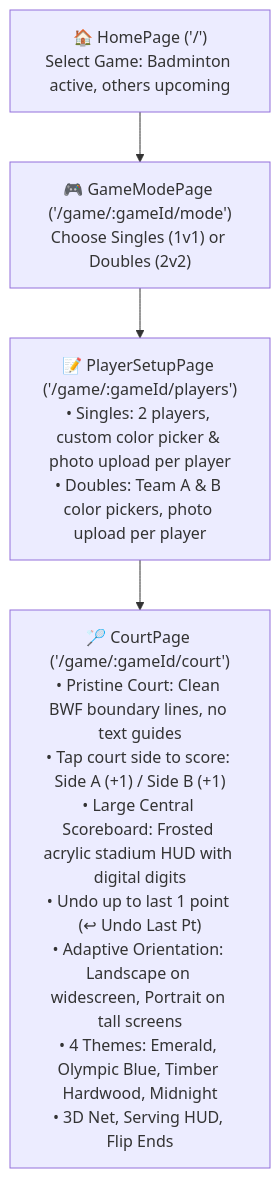
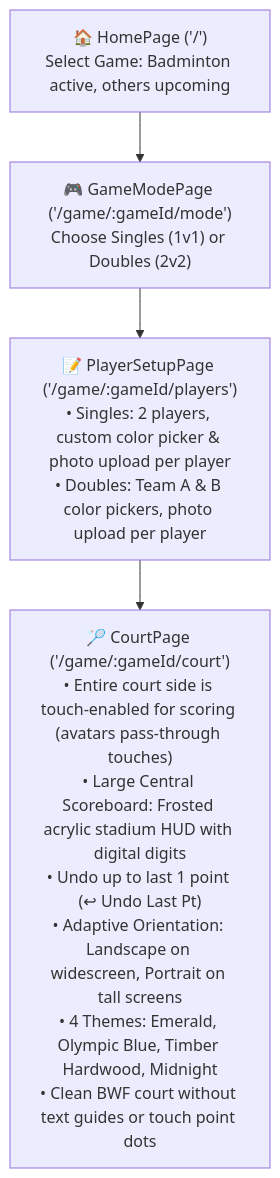
One commit to Pradeep-elangovan/Shuttle-score changed the diagram in PROJECT_STATUS.md. Above: the diagram before and after it, drawn with Mermaid. The commit also changed other lines of this file and 2 other files, not shown here.

Commit message:
Remove touch interceptors and point dots from avatars on both sides

````diff
--- a/PROJECT_STATUS.md
+++ b/PROJECT_STATUS.md
@@ -30,6 +30,6 @@
 ```mermaid
 flowchart TD
     A["🏠 HomePage ('/')\nSelect Game: Badminton active, others upcoming"] --> B["🎮 GameModePage ('/game/:gameId/mode')\nChoose Singles (1v1) or Doubles (2v2)"]
     B --> C["📝 PlayerSetupPage ('/game/:gameId/players')\n• Singles: 2 players, custom color picker & photo upload per player\n• Doubles: Team A & B color pickers, photo upload per player"]
-    C --> D["🏸 CourtPage ('/game/:gameId/court')\n• Pristine Court: Clean BWF boundary lines, no text guides\n• Tap court side to score: Side A (+1) / Side B (+1)\n• Large Central Scoreboard: Frosted acrylic stadium HUD with digital digits\n• Undo up to last 1 point (↩ Undo Last Pt)\n• Adaptive Orientation: Landscape on widescreen, Portrait on tall screens\n• 4 Themes: Emerald, Olympic Blue, Timber Hardwood, Midnight\n• 3D Net, Serving HUD, Flip Ends"]
+    C --> D["🏸 CourtPage ('/game/:gameId/court')\n• Entire court side is touch-enabled for scoring (avatars pass-through touches)\n• Large Central Scoreboard: Frosted acrylic stadium HUD with digital digits\n• Undo up to last 1 point (↩ Undo Last Pt)\n• Adaptive Orientation: Landscape on widescreen, Portrait on tall screens\n• 4 Themes: Emerald, Olympic Blue, Timber Hardwood, Midnight\n• Clean BWF court without text guides or touch point dots"]
 ```
````
